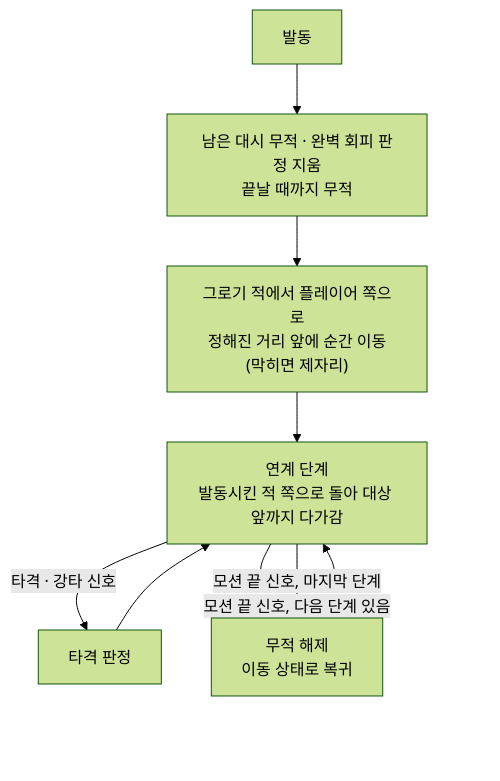
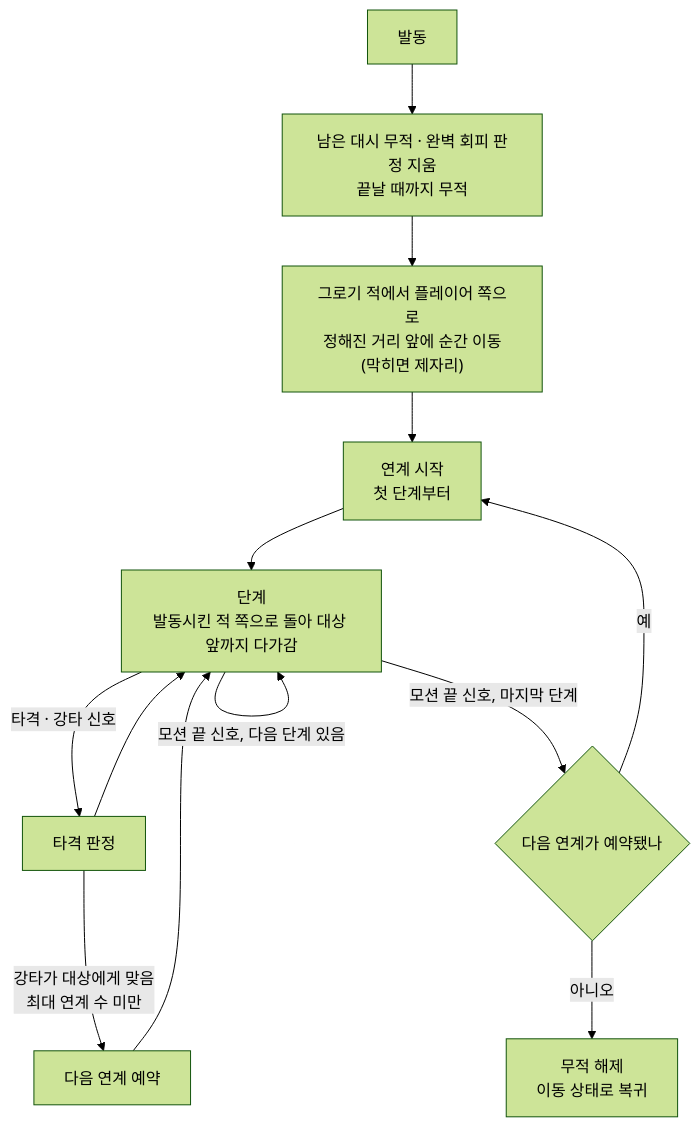
Before and after one commit to SquashPrince/Develrocket_mp15_HHH: the second of 2 diagrams in Docs/Technical/Player/PlayerComboSkill.md, drawn with Mermaid (forest theme). The commit also changed other lines of this file and 12 other files, not shown here.

````diff
--- a/Docs/Technical/Player/PlayerComboSkill.md
+++ b/Docs/Technical/Player/PlayerComboSkill.md
@@ -59,10 +50,15 @@
 ```mermaid
 flowchart TD
     S["발동"] --> E["남은 대시 무적 · 완벽 회피 판정 지움<br>끝날 때까지 무적"]
     E --> M["그로기 적에서 플레이어 쪽으로<br>정해진 거리 앞에 순간 이동<br>(막히면 제자리)"]
-    M --> A["연계 단계<br>발동시킨 적 쪽으로 돌아 대상 앞까지 다가감"]
+    M --> C["연계 시작<br>첫 단계부터"]
+    C --> A["단계<br>발동시킨 적 쪽으로 돌아 대상 앞까지 다가감"]
     A -->|"타격 · 강타 신호"| H["타격 판정"]
     H --> A
+    H -->|"강타가 대상에게 맞음<br>최대 연계 수 미만"| Q["다음 연계 예약"]
+    Q --> A
     A -->|"모션 끝 신호, 다음 단계 있음"| A
-    A -->|"모션 끝 신호, 마지막 단계"| L["무적 해제<br>이동 상태로 복귀"]
+    A -->|"모션 끝 신호, 마지막 단계"| R{"다음 연계가 예약됐나"}
+    R -->|"예"| C
+    R -->|"아니오"| L["무적 해제<br>이동 상태로 복귀"]
 ```
````
